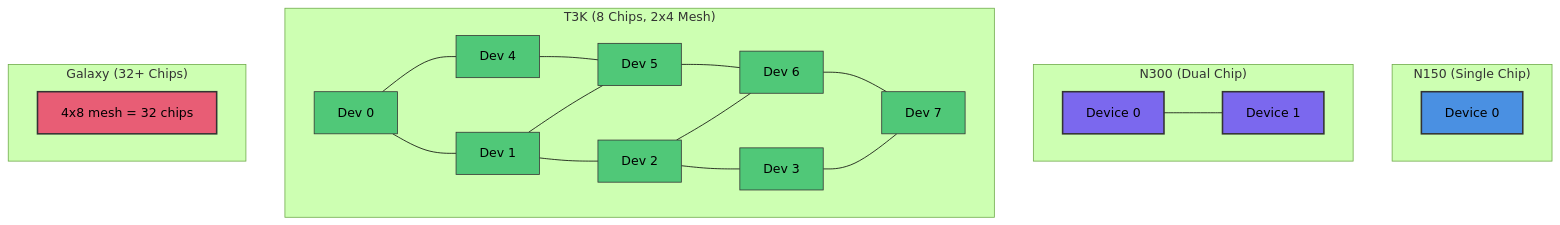
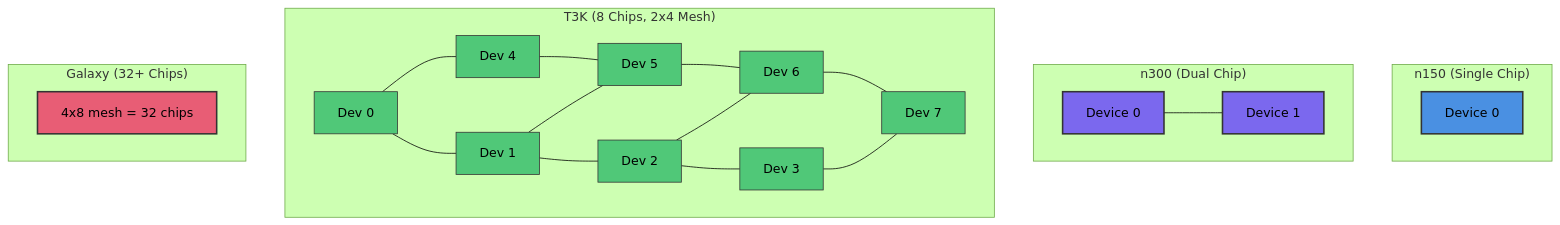
The second of 2 diagrams in content/lessons/ct5-multi-device-training.md (tenstorrent/tt-vscode-toolkit), drawn with Mermaid (forest theme) before and after one commit. The commit also changed other lines of this file and 99 other files, not shown here.

````diff
--- a/content/lessons/ct5-multi-device-training.md
+++ b/content/lessons/ct5-multi-device-training.md
@@ -273,36 +273,36 @@
 ```mermaid
 graph TD
-    subgraph N150["N150 (Single Chip)"]
+    subgraph n150["n150 (Single Chip)"]
         A1[Device 0]
     end
 
-    subgraph N300["N300 (Dual Chip)"]
+    subgraph n300["n300 (Dual Chip)"]
         B1[Device 0] --- B2[Device 1]
     end
 
     subgraph T3K["T3K (8 Chips, 2x4 Mesh)"]
         C1[Dev 0] --- C2[Dev 1] --- C3[Dev 2] --- C4[Dev 3]
         C5[Dev 4] --- C6[Dev 5] --- C7[Dev 6] --- C8[Dev 7]
         C1 --- C5
         C2 --- C6
         C3 --- C7
         C4 --- C8
     end
 
     subgraph Galaxy["Galaxy (32+ Chips)"]
         D1[4x8 mesh = 32 chips]
     end
 
     style A1 fill:#4A90E2,stroke:#333,stroke-width:2px
     style B1 fill:#7B68EE,stroke:#333,stroke-width:2px
     style B2 fill:#7B68EE,stroke:#333,stroke-width:2px
     style C1 fill:#50C878,stroke:#333,stroke-width:1px
     style C2 fill:#50C878,stroke:#333,stroke-width:1px
     style C3 fill:#50C878,stroke:#333,stroke-width:1px
     style C4 fill:#50C878,stroke:#333,stroke-width:1px
     style C5 fill:#50C878,stroke:#333,stroke-width:1px
     style C6 fill:#50C878,stroke:#333,stroke-width:1px
     style C7 fill:#50C878,stroke:#333,stroke-width:1px
     style C8 fill:#50C878,stroke:#333,stroke-width:1px
     style D1 fill:#E85D75,stroke:#333,stroke-width:2px
 ```
````
